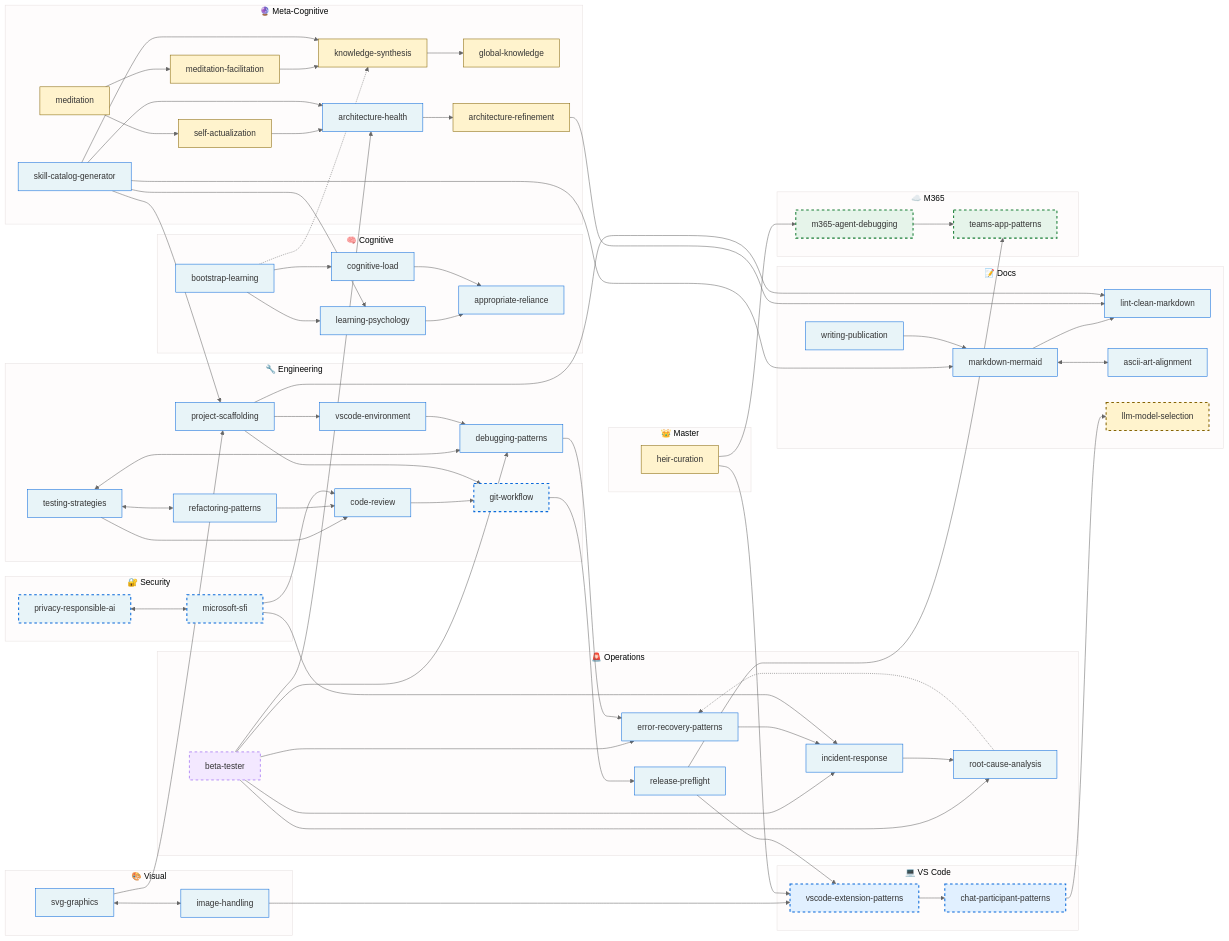
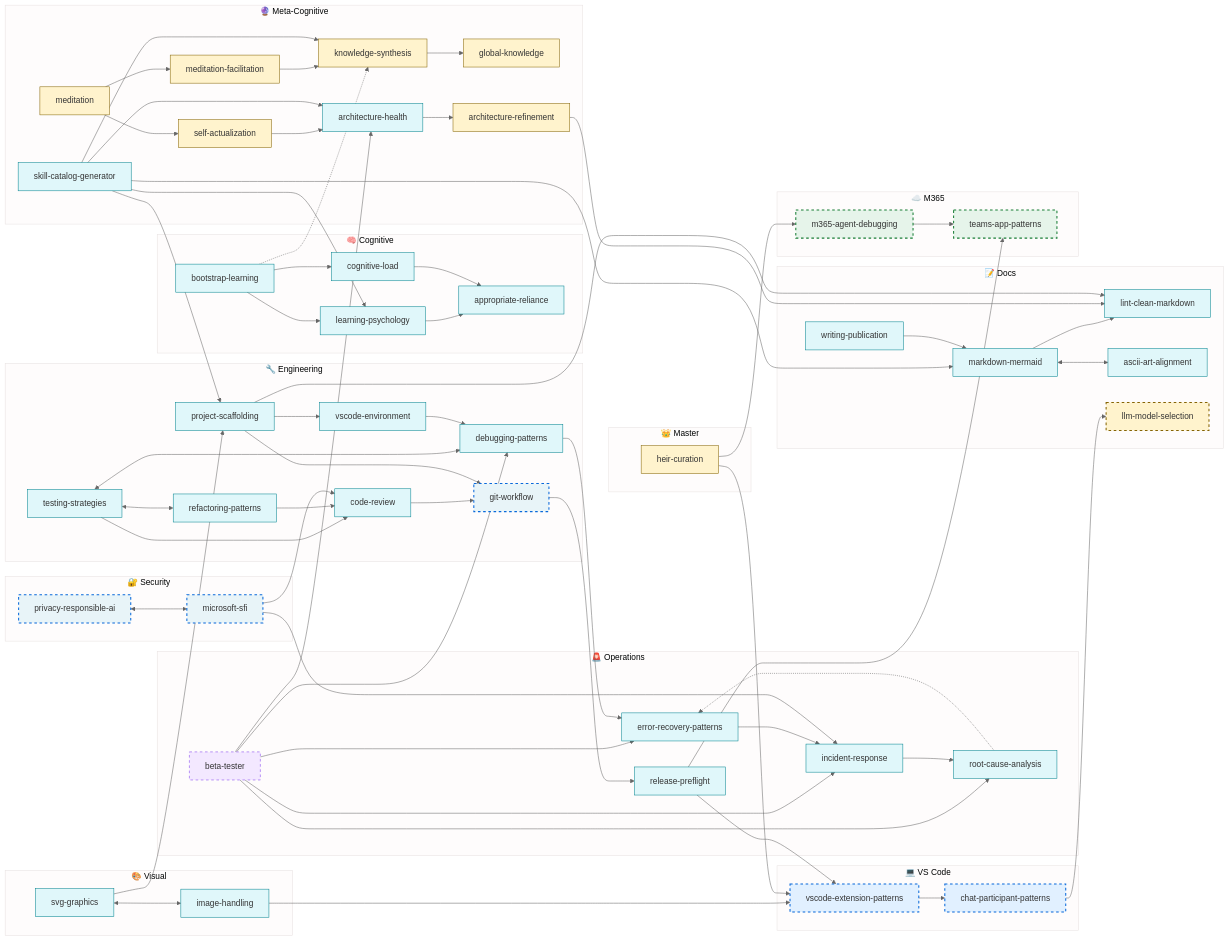
Before and after one commit to fabioc-aloha/Alex_Plug_In: the diagram in alex_docs/SKILLS-CATALOG.md, drawn with Mermaid.

Commit message:
fix: Apply inheritable class to skill nodes in diagram
Added class assignment for inheritable skills - was defining the class
but never applying it to nodes.

````diff
--- a/alex_docs/SKILLS-CATALOG.md
+++ b/alex_docs/SKILLS-CATALOG.md
@@ -287,4 +287,5 @@
     class MAD,TAP m365
     class VEP,CPP,MAD,TAP,LLM,GW,PRA,SFI stale
     class BT temp
+    class BL,LP,CL,AR,AH,SCG,TS,RP,DP,CR,PS,VSE,ERP,RCA,IR,RF,WP,MM,LM,AA,SVG,IH inheritable
 ```
````
